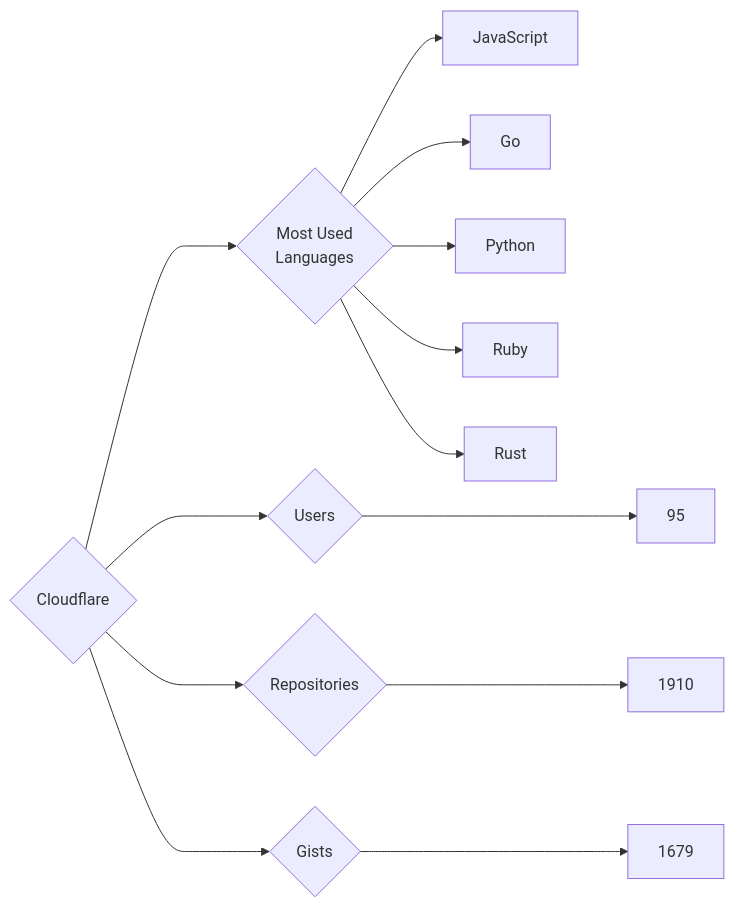
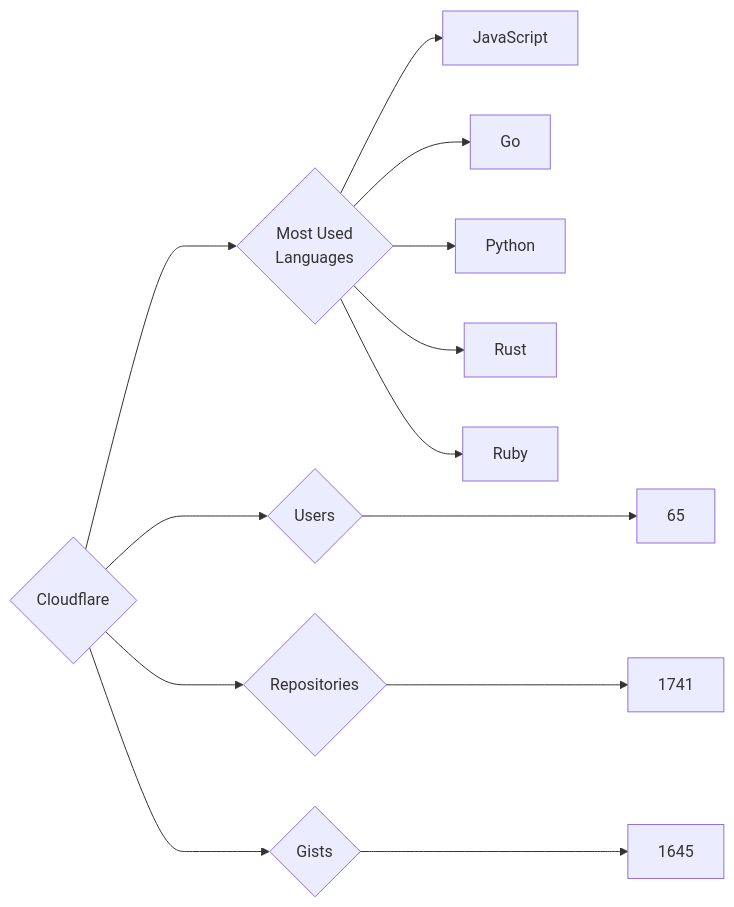
The diagram in targets/Cloudflare/README.md (trickest/insiders), drawn with Mermaid before and after one commit. The commit also changed 914 other files, not shown here.

````diff
--- a/targets/Cloudflare/README.md
+++ b/targets/Cloudflare/README.md
@@ -3,13 +3,13 @@
 ```mermaid
 graph LR
 COMPANY_NAME{Cloudflare}
-COMPANY_NAME ---> U{Users} ---> UN[95]
-COMPANY_NAME ---> R{Repositories} ---> RN[1910]
-COMPANY_NAME ---> G{Gists} ---> GN[1679]
+COMPANY_NAME ---> U{Users} ---> UN[65]
+COMPANY_NAME ---> R{Repositories} ---> RN[1741]
+COMPANY_NAME ---> G{Gists} ---> GN[1645]
 COMPANY_NAME ---> ML{Most Used<br>Languages}
 ML --> JavaScript[JavaScript]
 ML --> Go[Go]
 ML --> Python[Python]
+ML --> Rust[Rust]
 ML --> Ruby[Ruby]
-ML --> Rust[Rust]
 ```
````
